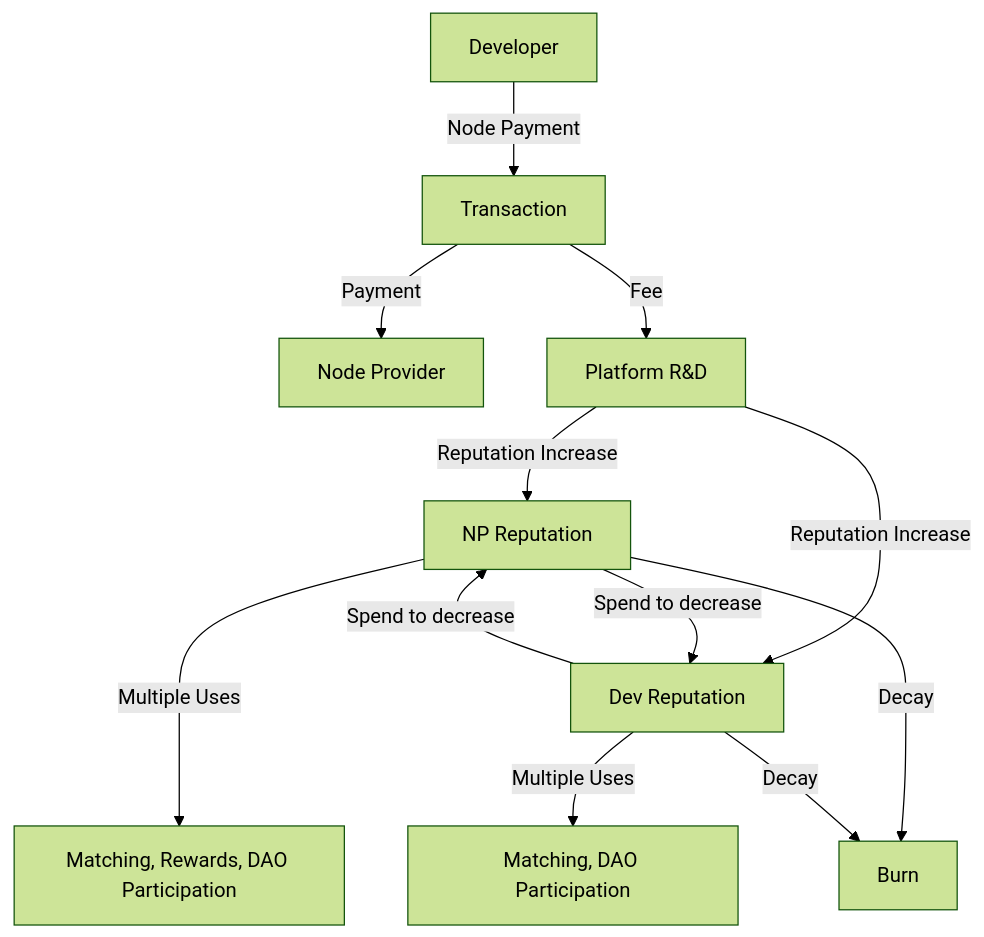
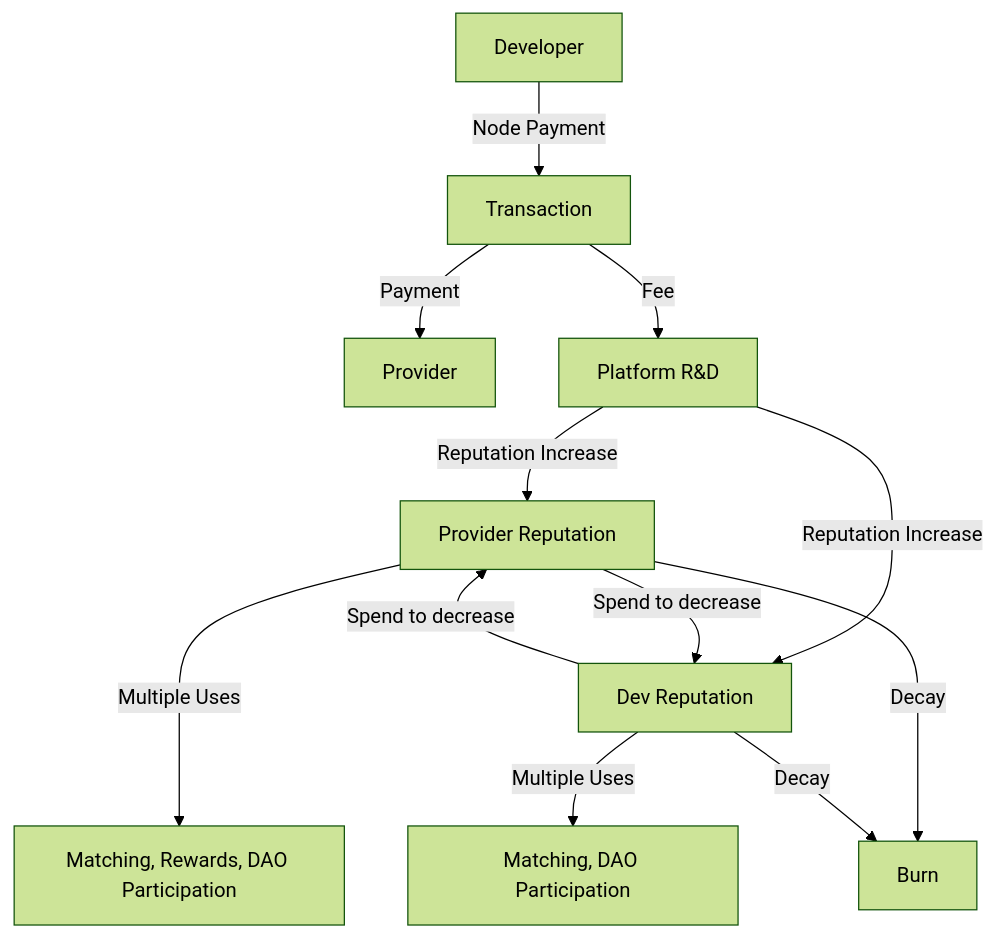
Before and after one commit to decent-stuff/decent-cloud: the diagram in docs/whitepaper/figures/impl-reputation.mmd, drawn with Mermaid (forest theme). The commit also changed 75 other files, not shown here.

First line of the commit message:
chore: Rename Node Provider to Provider

```diff
--- a/docs/whitepaper/figures/impl-reputation.mmd
+++ b/docs/whitepaper/figures/impl-reputation.mmd
@@ -1,16 +1,16 @@
 graph TB
   D["Developer"] -->|Node Payment| TX
-  TX["Transaction"] -->|Payment| NP["Node Provider"]
+  TX["Transaction"] -->|Payment| Provider
   TX -->|Fee| FEE["Platform R&D"]
 
-  FEE -->|Reputation Increase| RNP["NP Reputation"]
+  FEE -->|Reputation Increase| RP["Provider Reputation"]
   FEE -->|Reputation Increase| RD["Dev Reputation"]
 
-  RNP --->|Multiple Uses| U1["Matching, Rewards, DAO Participation"]
+  RP --->|Multiple Uses| U1["Matching, Rewards, DAO Participation"]
   RD -->|Multiple Uses| U2["Matching, DAO Participation"]
 
-  RNP -->|Spend to decrease| RD
-  RD -->|Spend to decrease| RNP
+  RP -->|Spend to decrease| RD
+  RD -->|Spend to decrease| RP
 
-  RNP -->|Decay|Burn
+  RP -->|Decay|Burn
   RD -->|Decay|Burn
```
